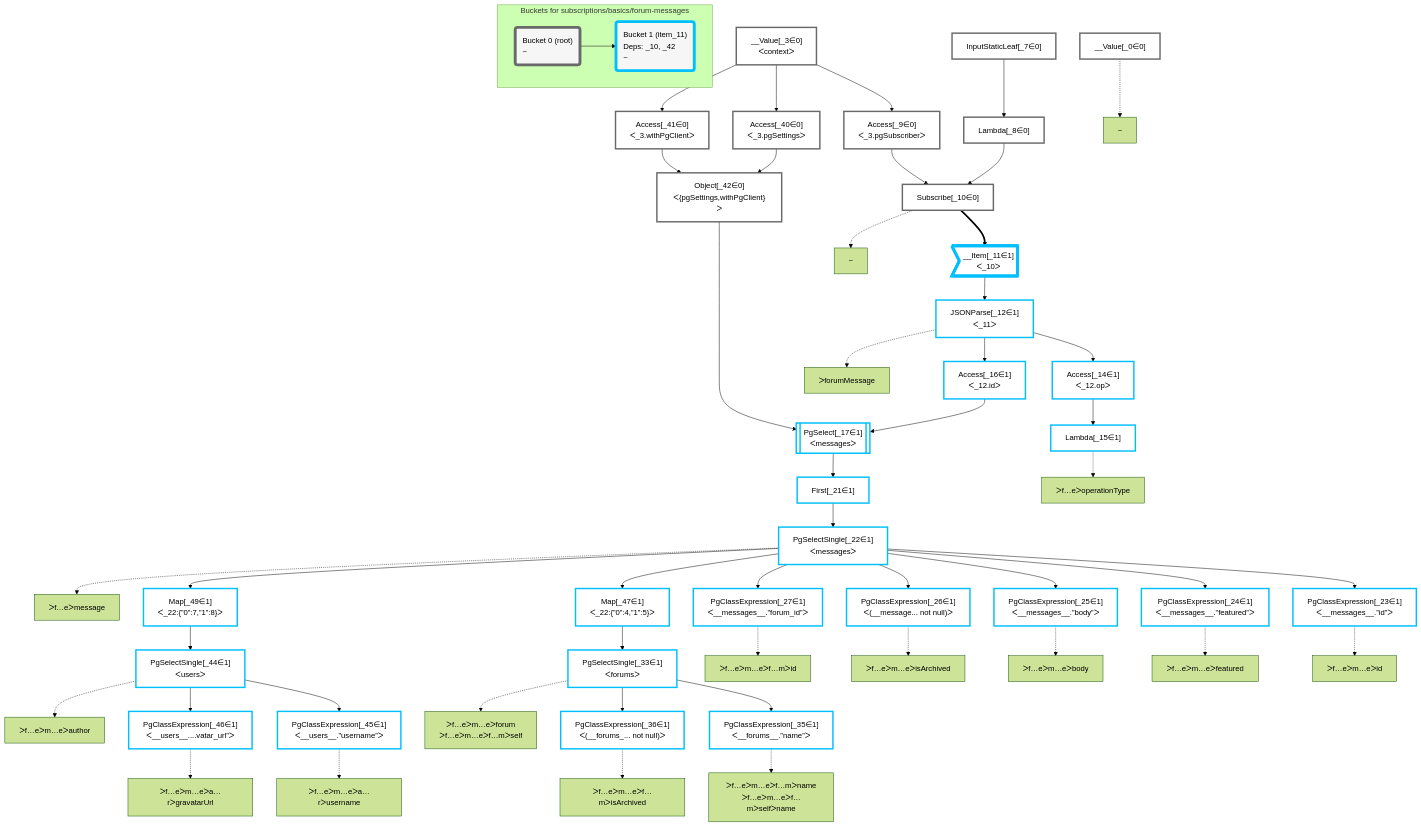
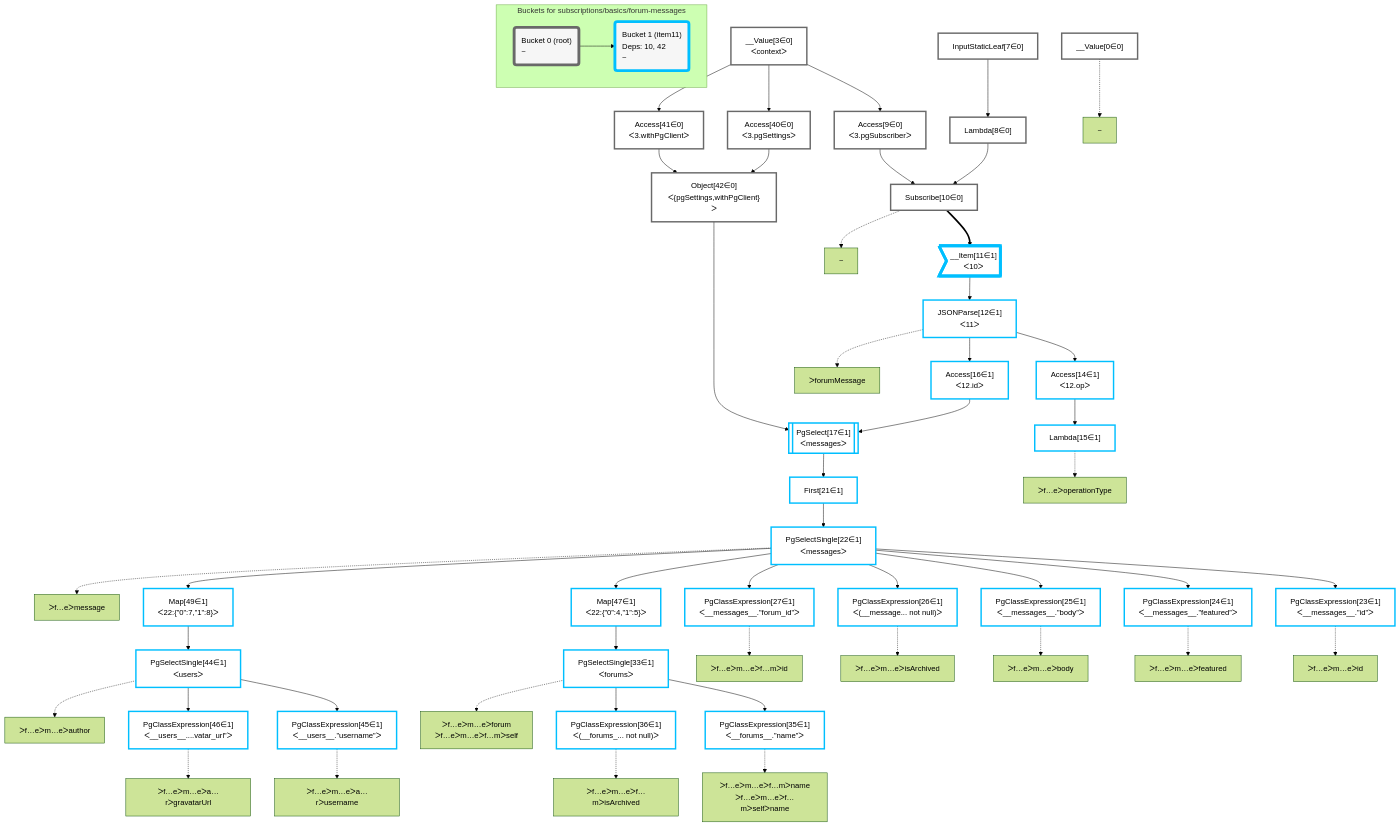
One commit to graphile/crystal changed the diagram in packages/dataplan-pg/__tests__/subscriptions/basics/forum-messages.mermaid.md. Above: the diagram before and after it, drawn with Mermaid (forest theme). The commit also changed 195 other files, not shown here.

````diff
--- a/packages/dataplan-pg/__tests__/subscriptions/basics/forum-messages.mermaid.md
+++ b/packages/dataplan-pg/__tests__/subscriptions/basics/forum-messages.mermaid.md
@@ -8,107 +8,107 @@
 
 
     %% define plans
-    __Value_0["__Value[_0∈0]"]:::plan
-    Lambda_15["Lambda[_15∈1]"]:::plan
-    Access_14["Access[_14∈1]<br />ᐸ_12.opᐳ"]:::plan
-    PgClassExpression_23["PgClassExpression[_23∈1]<br />ᐸ__messages__.”id”ᐳ"]:::plan
-    PgClassExpression_24["PgClassExpression[_24∈1]<br />ᐸ__messages__.”featured”ᐳ"]:::plan
-    PgClassExpression_25["PgClassExpression[_25∈1]<br />ᐸ__messages__.”body”ᐳ"]:::plan
-    PgClassExpression_26["PgClassExpression[_26∈1]<br />ᐸ(__message... not null)ᐳ"]:::plan
-    PgClassExpression_27["PgClassExpression[_27∈1]<br />ᐸ__messages__.”forum_id”ᐳ"]:::plan
-    PgClassExpression_35["PgClassExpression[_35∈1]<br />ᐸ__forums__.”name”ᐳ"]:::plan
-    PgClassExpression_36["PgClassExpression[_36∈1]<br />ᐸ(__forums_... not null)ᐳ"]:::plan
-    PgSelectSingle_33["PgSelectSingle[_33∈1]<br />ᐸforumsᐳ"]:::plan
-    Map_47["Map[_47∈1]<br />ᐸ_22:{”0”:4,”1”:5}ᐳ"]:::plan
-    PgClassExpression_45["PgClassExpression[_45∈1]<br />ᐸ__users__.”username”ᐳ"]:::plan
-    PgClassExpression_46["PgClassExpression[_46∈1]<br />ᐸ__users__....vatar_url”ᐳ"]:::plan
-    PgSelectSingle_44["PgSelectSingle[_44∈1]<br />ᐸusersᐳ"]:::plan
-    Map_49["Map[_49∈1]<br />ᐸ_22:{”0”:7,”1”:8}ᐳ"]:::plan
-    PgSelectSingle_22["PgSelectSingle[_22∈1]<br />ᐸmessagesᐳ"]:::plan
-    First_21["First[_21∈1]"]:::plan
-    PgSelect_17[["PgSelect[_17∈1]<br />ᐸmessagesᐳ"]]:::plan
-    Access_16["Access[_16∈1]<br />ᐸ_12.idᐳ"]:::plan
-    JSONParse_12["JSONParse[_12∈1]<br />ᐸ_11ᐳ"]:::plan
-    __Item_11>"__Item[_11∈1]<br />ᐸ_10ᐳ"]:::itemplan
-    Subscribe_10["Subscribe[_10∈0]"]:::plan
-    Access_9["Access[_9∈0]<br />ᐸ_3.pgSubscriberᐳ"]:::plan
-    Object_42["Object[_42∈0]<br />ᐸ{pgSettings,withPgClient}ᐳ"]:::plan
-    Access_40["Access[_40∈0]<br />ᐸ_3.pgSettingsᐳ"]:::plan
-    Access_41["Access[_41∈0]<br />ᐸ_3.withPgClientᐳ"]:::plan
-    __Value_3["__Value[_3∈0]<br />ᐸcontextᐳ"]:::plan
-    Lambda_8["Lambda[_8∈0]"]:::plan
-    InputStaticLeaf_7["InputStaticLeaf[_7∈0]"]:::plan
+    __Value0["__Value[0∈0]"]:::plan
+    Lambda15["Lambda[15∈1]"]:::plan
+    Access14["Access[14∈1]<br />ᐸ12.opᐳ"]:::plan
+    PgClassExpression23["PgClassExpression[23∈1]<br />ᐸ__messages__.”id”ᐳ"]:::plan
+    PgClassExpression24["PgClassExpression[24∈1]<br />ᐸ__messages__.”featured”ᐳ"]:::plan
+    PgClassExpression25["PgClassExpression[25∈1]<br />ᐸ__messages__.”body”ᐳ"]:::plan
+    PgClassExpression26["PgClassExpression[26∈1]<br />ᐸ(__message... not null)ᐳ"]:::plan
+    PgClassExpression27["PgClassExpression[27∈1]<br />ᐸ__messages__.”forum_id”ᐳ"]:::plan
+    PgClassExpression35["PgClassExpression[35∈1]<br />ᐸ__forums__.”name”ᐳ"]:::plan
+    PgClassExpression36["PgClassExpression[36∈1]<br />ᐸ(__forums_... not null)ᐳ"]:::plan
+    PgSelectSingle33["PgSelectSingle[33∈1]<br />ᐸforumsᐳ"]:::plan
+    Map47["Map[47∈1]<br />ᐸ22:{”0”:4,”1”:5}ᐳ"]:::plan
+    PgClassExpression45["PgClassExpression[45∈1]<br />ᐸ__users__.”username”ᐳ"]:::plan
+    PgClassExpression46["PgClassExpression[46∈1]<br />ᐸ__users__....vatar_url”ᐳ"]:::plan
+    PgSelectSingle44["PgSelectSingle[44∈1]<br />ᐸusersᐳ"]:::plan
+    Map49["Map[49∈1]<br />ᐸ22:{”0”:7,”1”:8}ᐳ"]:::plan
+    PgSelectSingle22["PgSelectSingle[22∈1]<br />ᐸmessagesᐳ"]:::plan
+    First21["First[21∈1]"]:::plan
+    PgSelect17[["PgSelect[17∈1]<br />ᐸmessagesᐳ"]]:::plan
+    Access16["Access[16∈1]<br />ᐸ12.idᐳ"]:::plan
+    JSONParse12["JSONParse[12∈1]<br />ᐸ11ᐳ"]:::plan
+    __Item11>"__Item[11∈1]<br />ᐸ10ᐳ"]:::itemplan
+    Subscribe10["Subscribe[10∈0]"]:::plan
+    Access9["Access[9∈0]<br />ᐸ3.pgSubscriberᐳ"]:::plan
+    Object42["Object[42∈0]<br />ᐸ{pgSettings,withPgClient}ᐳ"]:::plan
+    Access40["Access[40∈0]<br />ᐸ3.pgSettingsᐳ"]:::plan
+    Access41["Access[41∈0]<br />ᐸ3.withPgClientᐳ"]:::plan
+    __Value3["__Value[3∈0]<br />ᐸcontextᐳ"]:::plan
+    Lambda8["Lambda[8∈0]"]:::plan
+    InputStaticLeaf7["InputStaticLeaf[7∈0]"]:::plan
 
     %% plan dependencies
-    Access_14 --> Lambda_15
-    JSONParse_12 --> Access_14
-    PgSelectSingle_22 --> PgClassExpression_23
-    PgSelectSingle_22 --> PgClassExpression_24
-    PgSelectSingle_22 --> PgClassExpression_25
-    PgSelectSingle_22 --> PgClassExpression_26
-    PgSelectSingle_22 --> PgClassExpression_27
-    PgSelectSingle_33 --> PgClassExpression_35
-    PgSelectSingle_33 --> PgClassExpression_36
-    Map_47 --> PgSelectSingle_33
-    PgSelectSingle_22 --> Map_47
-    PgSelectSingle_44 --> PgClassExpression_45
-    PgSelectSingle_44 --> PgClassExpression_46
-    Map_49 --> PgSelectSingle_44
-    PgSelectSingle_22 --> Map_49
-    First_21 --> PgSelectSingle_22
-    PgSelect_17 --> First_21
-    Object_42 & Access_16 --> PgSelect_17
-    JSONParse_12 --> Access_16
-    __Item_11 --> JSONParse_12
-    Subscribe_10 ==> __Item_11
-    Access_9 & Lambda_8 --> Subscribe_10
-    __Value_3 --> Access_9
-    Access_40 & Access_41 --> Object_42
-    __Value_3 --> Access_40
-    __Value_3 --> Access_41
-    InputStaticLeaf_7 --> Lambda_8
+    Access14 --> Lambda15
+    JSONParse12 --> Access14
+    PgSelectSingle22 --> PgClassExpression23
+    PgSelectSingle22 --> PgClassExpression24
+    PgSelectSingle22 --> PgClassExpression25
+    PgSelectSingle22 --> PgClassExpression26
+    PgSelectSingle22 --> PgClassExpression27
+    PgSelectSingle33 --> PgClassExpression35
+    PgSelectSingle33 --> PgClassExpression36
+    Map47 --> PgSelectSingle33
+    PgSelectSingle22 --> Map47
+    PgSelectSingle44 --> PgClassExpression45
+    PgSelectSingle44 --> PgClassExpression46
+    Map49 --> PgSelectSingle44
+    PgSelectSingle22 --> Map49
+    First21 --> PgSelectSingle22
+    PgSelect17 --> First21
+    Object42 & Access16 --> PgSelect17
+    JSONParse12 --> Access16
+    __Item11 --> JSONParse12
+    Subscribe10 ==> __Item11
+    Access9 & Lambda8 --> Subscribe10
+    __Value3 --> Access9
+    Access40 & Access41 --> Object42
+    __Value3 --> Access40
+    __Value3 --> Access41
+    InputStaticLeaf7 --> Lambda8
 
     %% plan-to-path relationships
-    P_0["~"]
-    __Value_0 -.-> P_0
-    P_10["~"]
-    Subscribe_10 -.-> P_10
-    P_12["ᐳforumMessage"]
-    JSONParse_12 -.-> P_12
-    P_15["ᐳf…eᐳoperationType"]
-    Lambda_15 -.-> P_15
-    P_22["ᐳf…eᐳmessage"]
-    PgSelectSingle_22 -.-> P_22
-    P_23["ᐳf…eᐳm…eᐳid"]
-    PgClassExpression_23 -.-> P_23
-    P_24["ᐳf…eᐳm…eᐳfeatured"]
-    PgClassExpression_24 -.-> P_24
-    P_25["ᐳf…eᐳm…eᐳbody"]
-    PgClassExpression_25 -.-> P_25
-    P_26["ᐳf…eᐳm…eᐳisArchived"]
-    PgClassExpression_26 -.-> P_26
-    P_27["ᐳf…eᐳm…eᐳf…mᐳid"]
-    PgClassExpression_27 -.-> P_27
-    P_33["ᐳf…eᐳm…eᐳforum<br />ᐳf…eᐳm…eᐳf…mᐳself"]
-    PgSelectSingle_33 -.-> P_33
-    P_35["ᐳf…eᐳm…eᐳf…mᐳname<br />ᐳf…eᐳm…eᐳf…mᐳselfᐳname"]
-    PgClassExpression_35 -.-> P_35
-    P_36["ᐳf…eᐳm…eᐳf…mᐳisArchived"]
-    PgClassExpression_36 -.-> P_36
-    P_44["ᐳf…eᐳm…eᐳauthor"]
-    PgSelectSingle_44 -.-> P_44
-    P_45["ᐳf…eᐳm…eᐳa…rᐳusername"]
-    PgClassExpression_45 -.-> P_45
-    P_46["ᐳf…eᐳm…eᐳa…rᐳgravatarUrl"]
-    PgClassExpression_46 -.-> P_46
+    P0["~"]
+    __Value0 -.-> P0
+    P10["~"]
+    Subscribe10 -.-> P10
+    P12["ᐳforumMessage"]
+    JSONParse12 -.-> P12
+    P15["ᐳf…eᐳoperationType"]
+    Lambda15 -.-> P15
+    P22["ᐳf…eᐳmessage"]
+    PgSelectSingle22 -.-> P22
+    P23["ᐳf…eᐳm…eᐳid"]
+    PgClassExpression23 -.-> P23
+    P24["ᐳf…eᐳm…eᐳfeatured"]
+    PgClassExpression24 -.-> P24
+    P25["ᐳf…eᐳm…eᐳbody"]
+    PgClassExpression25 -.-> P25
+    P26["ᐳf…eᐳm…eᐳisArchived"]
+    PgClassExpression26 -.-> P26
+    P27["ᐳf…eᐳm…eᐳf…mᐳid"]
+    PgClassExpression27 -.-> P27
+    P33["ᐳf…eᐳm…eᐳforum<br />ᐳf…eᐳm…eᐳf…mᐳself"]
+    PgSelectSingle33 -.-> P33
+    P35["ᐳf…eᐳm…eᐳf…mᐳname<br />ᐳf…eᐳm…eᐳf…mᐳselfᐳname"]
+    PgClassExpression35 -.-> P35
+    P36["ᐳf…eᐳm…eᐳf…mᐳisArchived"]
+    PgClassExpression36 -.-> P36
+    P44["ᐳf…eᐳm…eᐳauthor"]
+    PgSelectSingle44 -.-> P44
+    P45["ᐳf…eᐳm…eᐳa…rᐳusername"]
+    PgClassExpression45 -.-> P45
+    P46["ᐳf…eᐳm…eᐳa…rᐳgravatarUrl"]
+    PgClassExpression46 -.-> P46
 
     subgraph "Buckets for subscriptions/basics/forum-messages"
     Bucket0("Bucket 0 (root)<br />~"):::bucket
     classDef bucket0 stroke:#696969
-    class Bucket0,__Value_0,__Value_3,InputStaticLeaf_7,Lambda_8,Access_9,Subscribe_10,Access_40,Access_41,Object_42 bucket0
-    Bucket1("Bucket 1 (item_11)<br />Deps: _10, _42<br />~"):::bucket
+    class Bucket0,__Value0,__Value3,InputStaticLeaf7,Lambda8,Access9,Subscribe10,Access40,Access41,Object42 bucket0
+    Bucket1("Bucket 1 (item11)<br />Deps: 10, 42<br />~"):::bucket
     classDef bucket1 stroke:#00bfff
-    class Bucket1,__Item_11,JSONParse_12,Access_14,Lambda_15,Access_16,PgSelect_17,First_21,PgSelectSingle_22,PgClassExpression_23,PgClassExpression_24,PgClassExpression_25,PgClassExpression_26,PgClassExpression_27,PgSelectSingle_33,PgClassExpression_35,PgClassExpression_36,PgSelectSingle_44,PgClassExpression_45,PgClassExpression_46,Map_47,Map_49 bucket1
+    class Bucket1,__Item11,JSONParse12,Access14,Lambda15,Access16,PgSelect17,First21,PgSelectSingle22,PgClassExpression23,PgClassExpression24,PgClassExpression25,PgClassExpression26,PgClassExpression27,PgSelectSingle33,PgClassExpression35,PgClassExpression36,PgSelectSingle44,PgClassExpression45,PgClassExpression46,Map47,Map49 bucket1
     Bucket0 --> Bucket1
     end
 ```
````
